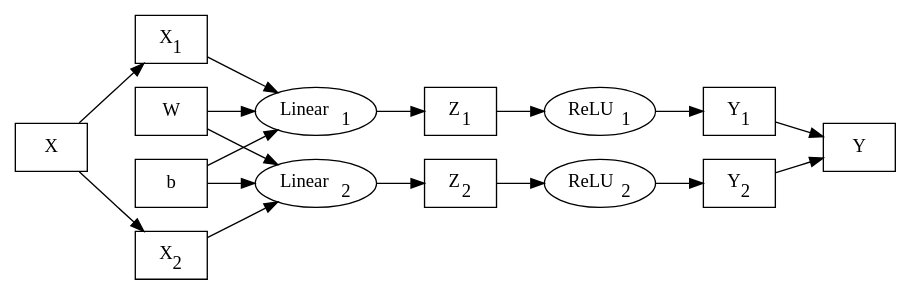
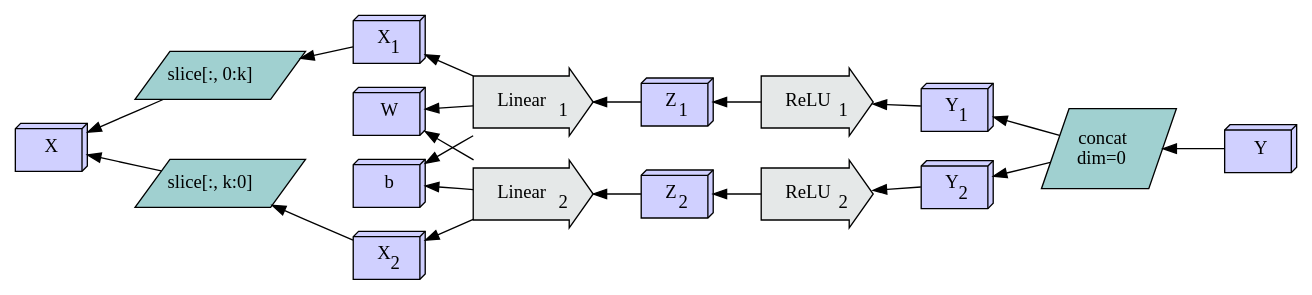
One commit to crutcher/crutcher.github.io-source changed the sixth of 55 diagrams in source/Tapestry/index.md. Above: the diagram before and after it, drawn with Graphviz. The commit also changed other lines of this file, not shown here.

Commit message:
graph ordering

````diff
--- a/source/Tapestry/index.md
+++ b/source/Tapestry/index.md
@@ -1070,39 +1127,81 @@
 ```graphviz
 digraph D {
-    rankdir=LR;
-    X, W, b, Y [shape=box];
+    rankdir=RL;
+    X, X_1, X_2, W, b, Z_1, Z_2, Y, Y_1, Y_2 [shape=box3d, fillcolor="#d0d0ff", style=filled];
+    Linear_1, Linear_2, ReLU_1, ReLU_2 [
+        shape=rarrow,
+        margin=0.25,
+        style=filled,
+        fillcolor="#E5E8E8",
+    ];
     
-    X_1 [label=<X<sub>1</sub>>, shape=box];
-    X_2 [label=<X<sub>2</sub>>, shape=box];
+    SX1 [
+      label=<slice[:, 0:k]>,
+      margin=0,
+      shape=parallelogram,
+      style=filled,
+      fillcolor="#a0d0d0",
+      color=black,
+    ];
+    SX2 [
+      label=<slice[:, k:0]>,
+      margin=0,
+      shape=parallelogram,
+      style=filled,
+      fillcolor="#a0d0d0",
+      color=black,
+    ];
+    
+    SX1 -> X;
+    SX2 -> X;
+    
+    X_1 [label=<X<sub>1</sub>>];
+    X_2 [label=<X<sub>2</sub>>];
+    
+    X_1 -> SX1;
+    X_2 -> SX2;
     
     Linear_1 [label=<Linear<sub>1</sub>>];
     Linear_2 [label=<Linear<sub>2</sub>>];
     ReLU_1 [label=<ReLU<sub>1</sub>>];
     ReLU_2 [label=<ReLU<sub>2</sub>>];
     
-    Z_1 [label=<Z<sub>1</sub>>, shape=box];
-    Z_2 [label=<Z<sub>2</sub>>, shape=box];
-    Y_1 [label=<Y<sub>1</sub>>, shape=box];
-    Y_2 [label=<Y<sub>2</sub>>, shape=box];
+    Z_1 [label=<Z<sub>1</sub>>];
+    Z_2 [label=<Z<sub>2</sub>>];
+    Y_1 [label=<Y<sub>1</sub>>];
+    Y_2 [label=<Y<sub>2</sub>>];
     
-    X -> X_1;
-    X -> X_2;
+    Linear_1 -> X_1;
+    Linear_1 -> W;
+    Linear_1 -> b;
+    Z_1 -> Linear_1;
+    ReLU_1 -> Z_1;
+    Y_1 -> ReLU_1;
     
-    X_1 -> Linear_1;
-    W -> Linear_1;
-    b -> Linear_1;
-    Linear_1 -> Z_1;
-    Z_1 -> ReLU_1;
-    ReLU_1 -> Y_1;
+    Linear_2 -> X_2;
+    Linear_2 -> W;
+    Linear_2 -> b;
+    Z_2 -> Linear_2;
+    ReLU_2 -> Z_2;
+    Y_2 -> ReLU_2;
     
-    X_2 -> Linear_2;
-    W -> Linear_2;
-    b -> Linear_2;
-    Linear_2 -> Z_2;
-    Z_2 -> ReLU_2;
-    ReLU_2 -> Y_2;
+    SY [
+      label=<
+         <table border="0" cellspacing="0" cellpadding="0">
+           <tr><td>concat</td></tr>
+           <tr><td>dim=0</td></tr>
+           </table>
+      >,
+      margin=0,
+      shape=parallelogram,
+      style=filled,
+      fillcolor="#a0d0d0",
+      color=black,
+    ];
     
-    Y_1 -> Y;
-    Y_2 -> Y;
+    SY -> Y_1;
+    SY -> Y_2;
+    
+    Y -> SY;
 }
 ```
````
